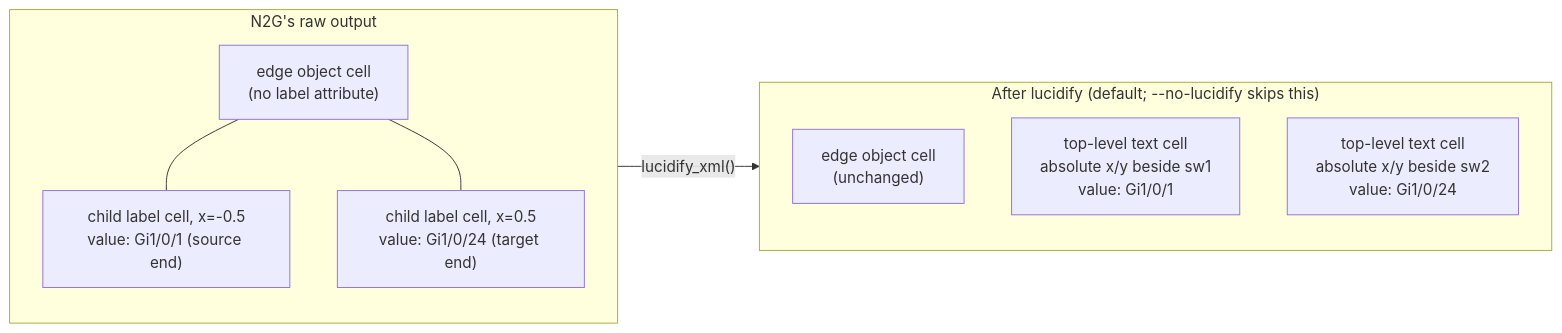
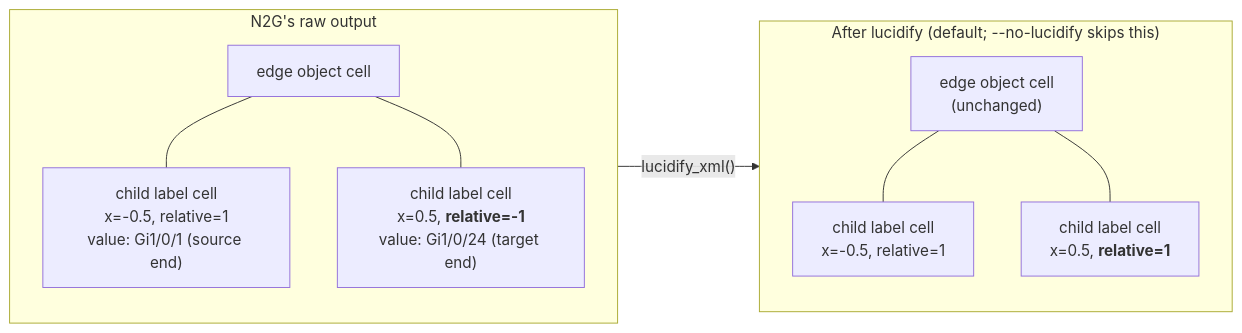
Before and after one commit to isrferna/nettopo: the fifth of 5 diagrams in docs/architecture.md, drawn with Mermaid. The commit also changed other lines of this file and 6 other files, not shown here.

````diff
--- a/docs/architecture.md
+++ b/docs/architecture.md
@@ -498,16 +507,18 @@
 ```mermaid
 flowchart LR
     subgraph before["N2G's raw output"]
-        E1["edge object cell<br/>(no label attribute)"]
-        L1["child label cell, x=-0.5<br/>value: Gi1/0/1 (source end)"]
-        L2["child label cell, x=0.5<br/>value: Gi1/0/24 (target end)"]
+        E1["edge object cell"]
+        L1["child label cell<br/>x=-0.5, relative=1<br/>value: Gi1/0/1 (source end)"]
+        L2["child label cell<br/>x=0.5, <b>relative=-1</b><br/>value: Gi1/0/24 (target end)"]
         E1 --- L1
         E1 --- L2
     end
     before -- "lucidify_xml()" --> after
     subgraph after["After lucidify (default; --no-lucidify skips this)"]
         E2["edge object cell<br/>(unchanged)"]
-        F1["top-level text cell<br/>absolute x/y beside sw1<br/>value: Gi1/0/1"]
-        F2["top-level text cell<br/>absolute x/y beside sw2<br/>value: Gi1/0/24"]
+        M1["child label cell<br/>x=-0.5, relative=1"]
+        M2["child label cell<br/>x=0.5, <b>relative=1</b>"]
+        E2 --- M1
+        E2 --- M2
     end
 ```
````
